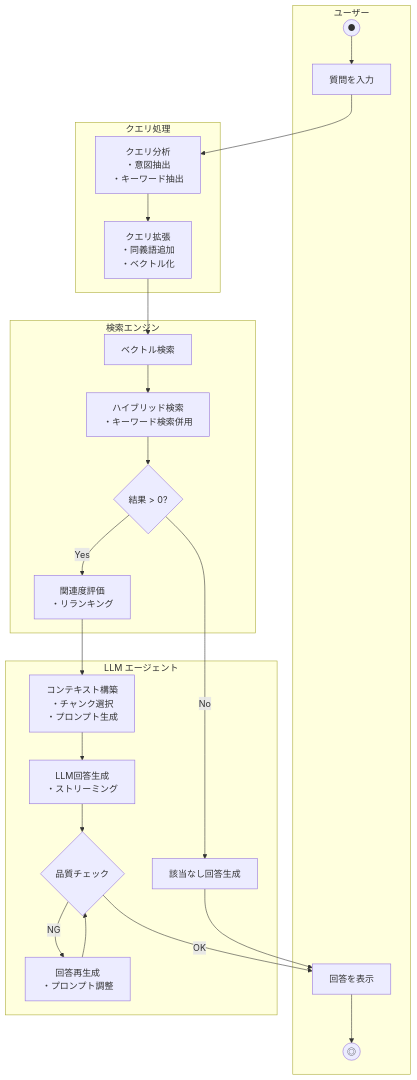
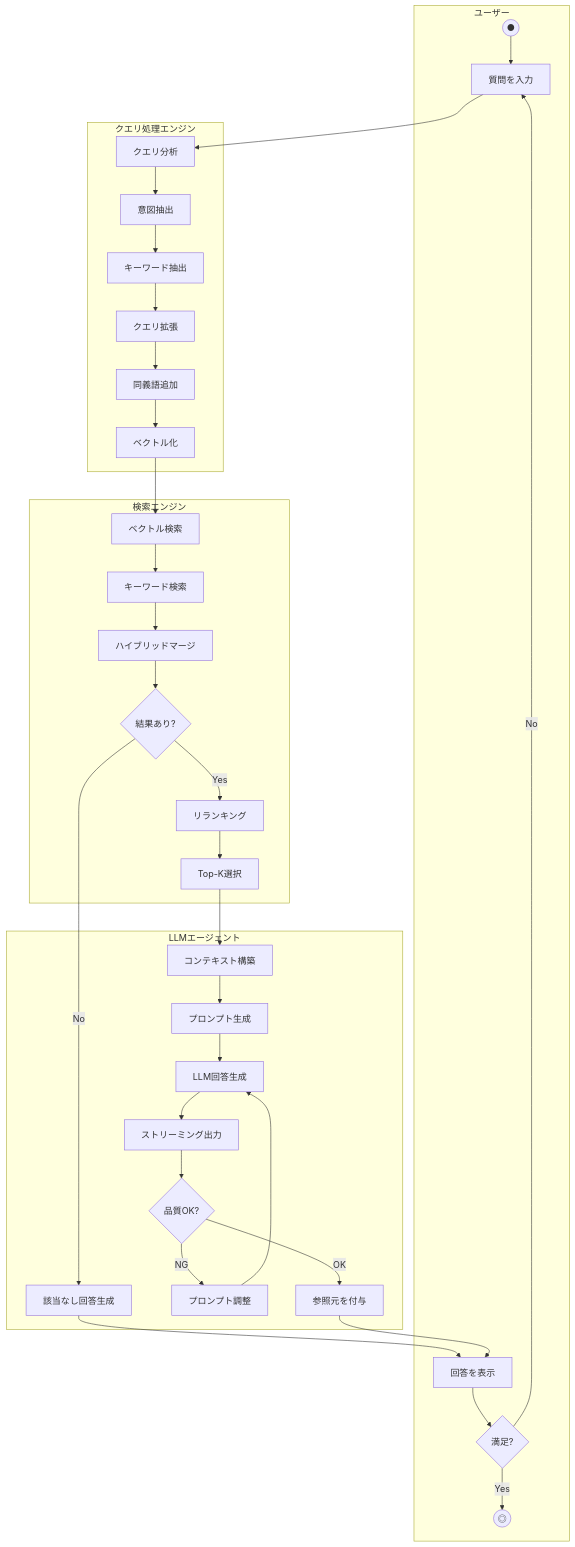
Before and after one commit to s-tanoue/blog: diagram 15 of 26 in blog/2025-11-26-activity-diagram-guide.md, drawn with Mermaid. The commit also changed other lines of this file, not shown here.

First line of the commit message:
docs: アクティビティ図記事をMermaid図で全面改訂

````diff
--- a/blog/2025-11-26-activity-diagram-guide.md
+++ b/blog/2025-11-26-activity-diagram-guide.md
@@ -308,30 +311,42 @@
 ```mermaid
 flowchart TB
     subgraph User["ユーザー"]
         Start((●)) --> Input[質問を入力]
-        Display[回答を表示] --> End1((◎))
+        Display[回答を表示]
+        Display --> Feedback{満足?}
+        Feedback -->|Yes| End1((◎))
+        Feedback -->|No| Input
     end
 
-    subgraph QueryProcessor["クエリ処理"]
-        Input --> Analyze[クエリ分析\n・意図抽出\n・キーワード抽出]
-        Analyze --> Expand[クエリ拡張\n・同義語追加\n・ベクトル化]
+    subgraph QueryProcessor["クエリ処理エンジン"]
+        Input --> Analyze[クエリ分析]
+        Analyze --> Intent[意図抽出]
+        Intent --> Keywords[キーワード抽出]
+        Keywords --> Expand[クエリ拡張]
+        Expand --> Synonyms[同義語追加]
+        Synonyms --> Vectorize[ベクトル化]
     end
 
     subgraph SearchEngine["検索エンジン"]
-        Expand --> VectorSearch[ベクトル検索]
-        VectorSearch --> HybridSearch[ハイブリッド検索\n・キーワード検索併用]
-        HybridSearch --> ResultCheck{結果 > 0?}
-        ResultCheck -->|Yes| Rerank[関連度評価\n・リランキング]
+        Vectorize --> VectorSearch[ベクトル検索]
+        VectorSearch --> KeywordSearch[キーワード検索]
+        KeywordSearch --> HybridMerge[ハイブリッドマージ]
+        HybridMerge --> ResultCheck{結果あり?}
+        ResultCheck -->|Yes| Rerank[リランキング]
+        Rerank --> TopK[Top-K選択]
     end
 
-    subgraph LLMAgent["LLM エージェント"]
+    subgraph LLMAgent["LLMエージェント"]
         ResultCheck -->|No| NoResult[該当なし回答生成]
-        Rerank --> BuildContext[コンテキスト構築\n・チャンク選択\n・プロンプト生成]
-        BuildContext --> Generate[LLM回答生成\n・ストリーミング]
-        Generate --> QualityCheck{品質チェック}
-        QualityCheck -->|NG| Regenerate[回答再生成\n・プロンプト調整]
-        Regenerate --> QualityCheck
-        QualityCheck -->|OK| Display
+        TopK --> BuildContext[コンテキスト構築]
+        BuildContext --> PromptGen[プロンプト生成]
+        PromptGen --> Generate[LLM回答生成]
+        Generate --> Stream[ストリーミング出力]
+        Stream --> QualityCheck{品質OK?}
+        QualityCheck -->|NG| Regenerate[プロンプト調整]
+        Regenerate --> Generate
+        QualityCheck -->|OK| AddSources[参照元を付与]
         NoResult --> Display
+        AddSources --> Display
     end
 ```
````
